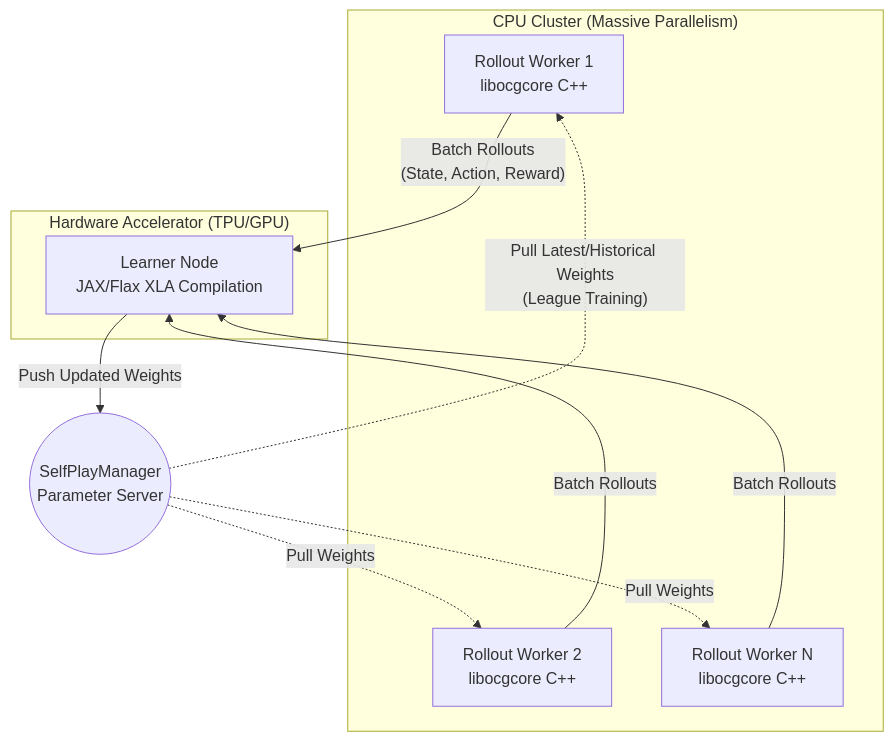
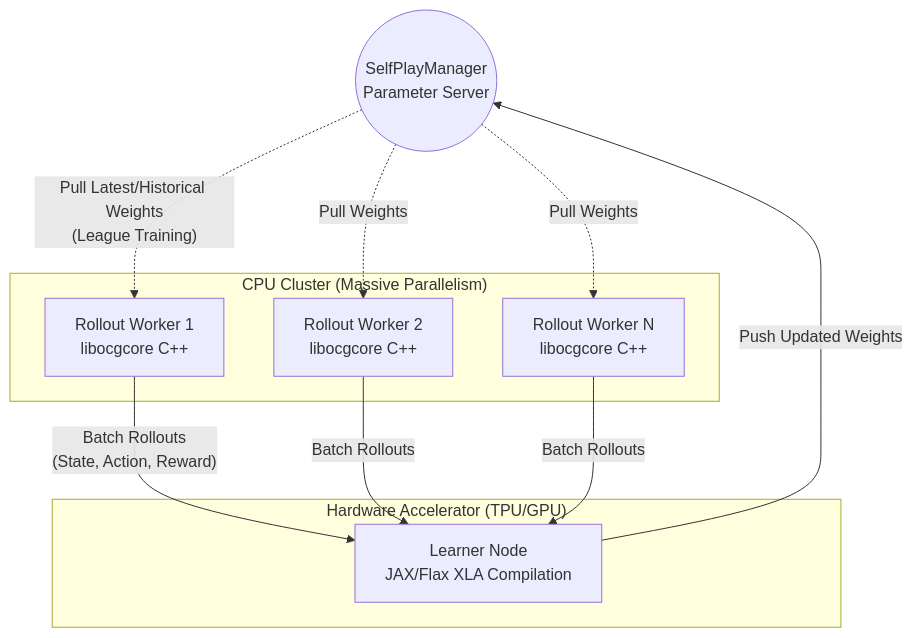
Before and after one commit to Kevzi/YGO-BOT: the first of 3 diagrams in README.md, drawn with Mermaid.

Commit message:
docs: restructure mermaid graph to fix layout

````diff
--- a/README.md
+++ b/README.md
@@ -30,23 +30,24 @@
 ```mermaid
 graph TD
+    PS((SelfPlayManager<br/>Parameter Server))
+    
     subgraph "CPU Cluster (Massive Parallelism)"
         W1[Rollout Worker 1<br/>libocgcore C++]
         W2[Rollout Worker 2<br/>libocgcore C++]
         W3[Rollout Worker N<br/>libocgcore C++]
     end
     
     subgraph "Hardware Accelerator (TPU/GPU)"
         L[Learner Node<br/>JAX/Flax XLA Compilation]
     end
     
-    PS((SelfPlayManager<br/>Parameter Server))
+    PS -. "Pull Latest/Historical Weights<br/>(League Training)" .-> W1
+    PS -. "Pull Weights" .-> W2
+    PS -. "Pull Weights" .-> W3
     
     W1 -- "Batch Rollouts<br/>(State, Action, Reward)" --> L
     W2 -- "Batch Rollouts" --> L
     W3 -- "Batch Rollouts" --> L
     
     L -- "Push Updated Weights" --> PS
-    PS -. "Pull Latest/Historical Weights<br/>(League Training)" .-> W1
-    PS -. "Pull Weights" .-> W2
-    PS -. "Pull Weights" .-> W3
 ```
````
